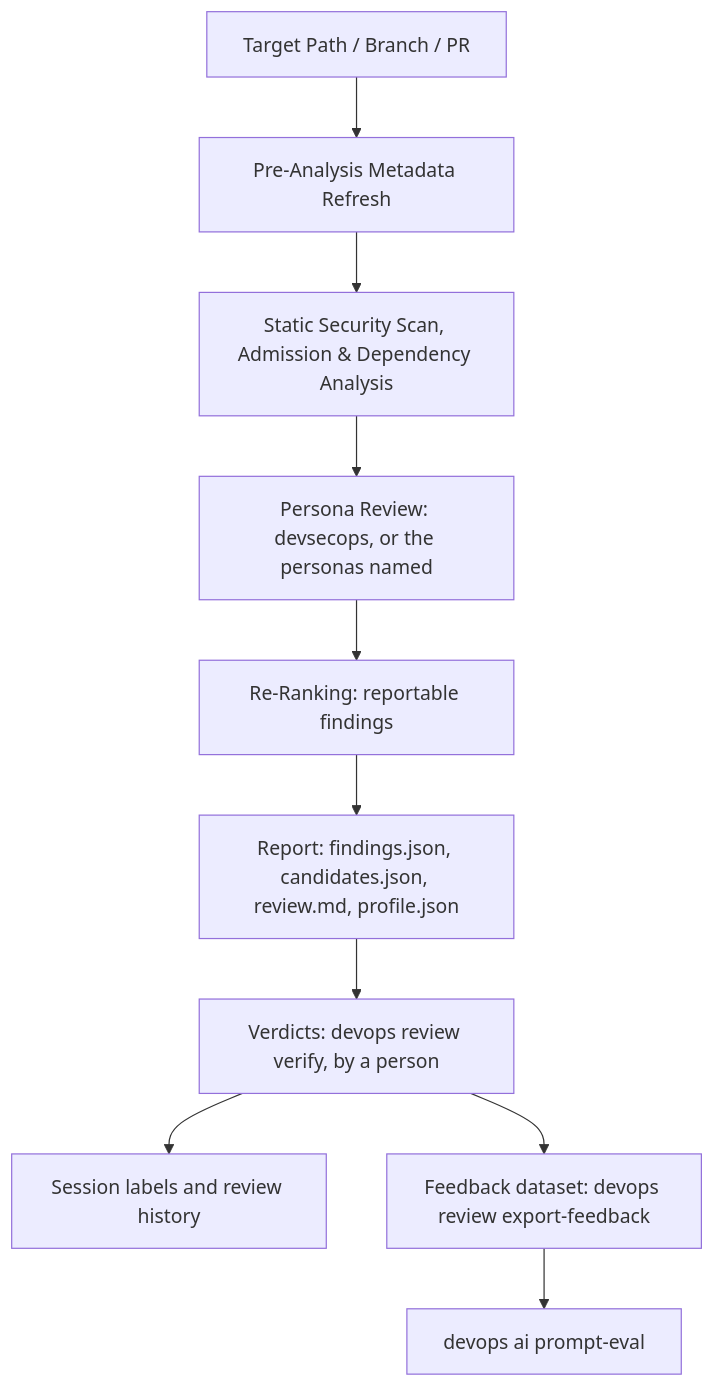
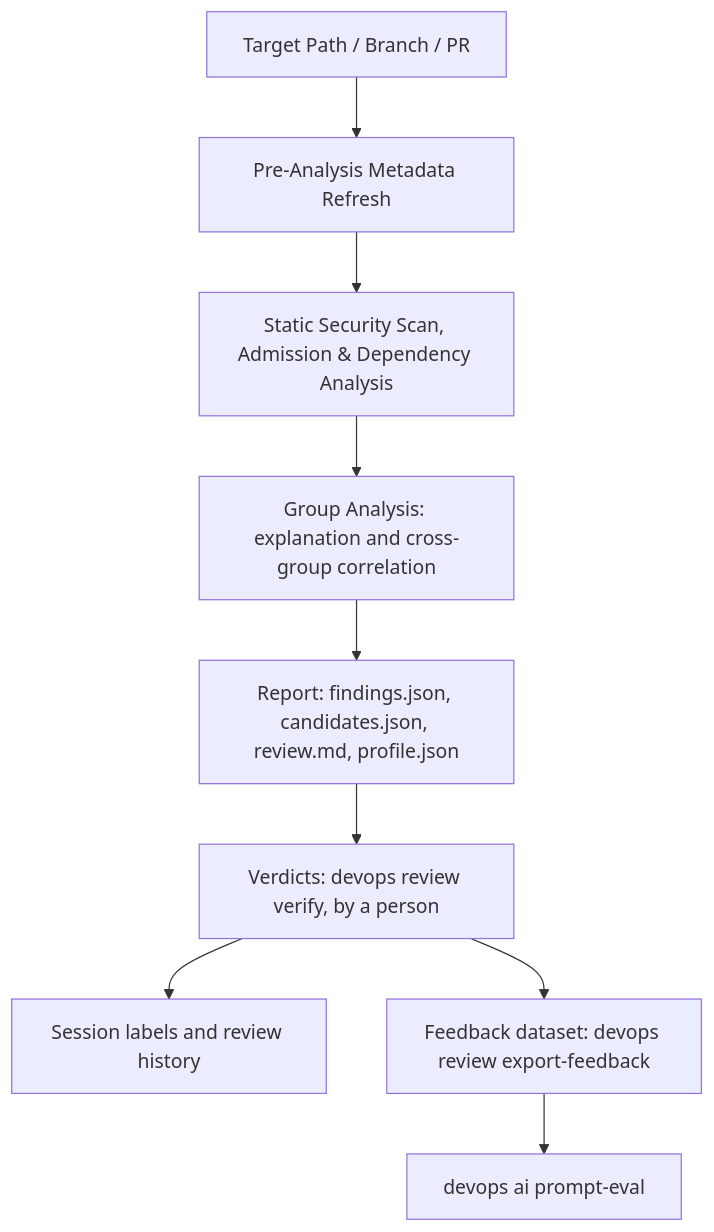
Before and after one commit to dan-petty/devops-cli: the diagram in src/devops_cli/ai/knowledge_base/devops_cli/tasks/ai_code_review.md, drawn with Mermaid. The commit also changed other lines of this file and 85 other files, not shown here.

Commit message:
refactor(review): delete persona review stage, legacy engine, and review-time RAG (Part of #1151)

````diff
--- a/src/devops_cli/ai/knowledge_base/devops_cli/tasks/ai_code_review.md
+++ b/src/devops_cli/ai/knowledge_base/devops_cli/tasks/ai_code_review.md
@@ -11,12 +11,11 @@
 ```mermaid
 graph TD
     A[Target Path / Branch / PR] --> S1[Pre-Analysis Metadata Refresh]
     S1 --> S2[Static Security Scan, Admission & Dependency Analysis]
-    S2 --> S3[Persona Review: devsecops, or the personas named]
-    S3 --> S5[Re-Ranking: reportable findings]
-    S5 --> S6[Report: findings.json, candidates.json, review.md, profile.json]
-    S6 --> F1[Verdicts: devops review verify, by a person]
+    S2 --> S3[Group Analysis: explanation and cross-group correlation]
+    S3 --> S4[Report: findings.json, candidates.json, review.md, profile.json]
+    S4 --> F1[Verdicts: devops review verify, by a person]
     F1 --> F2[Session labels and review history]
     F1 --> F3[Feedback dataset: devops review export-feedback]
     F3 --> F4[devops ai prompt-eval]
 ```
````
